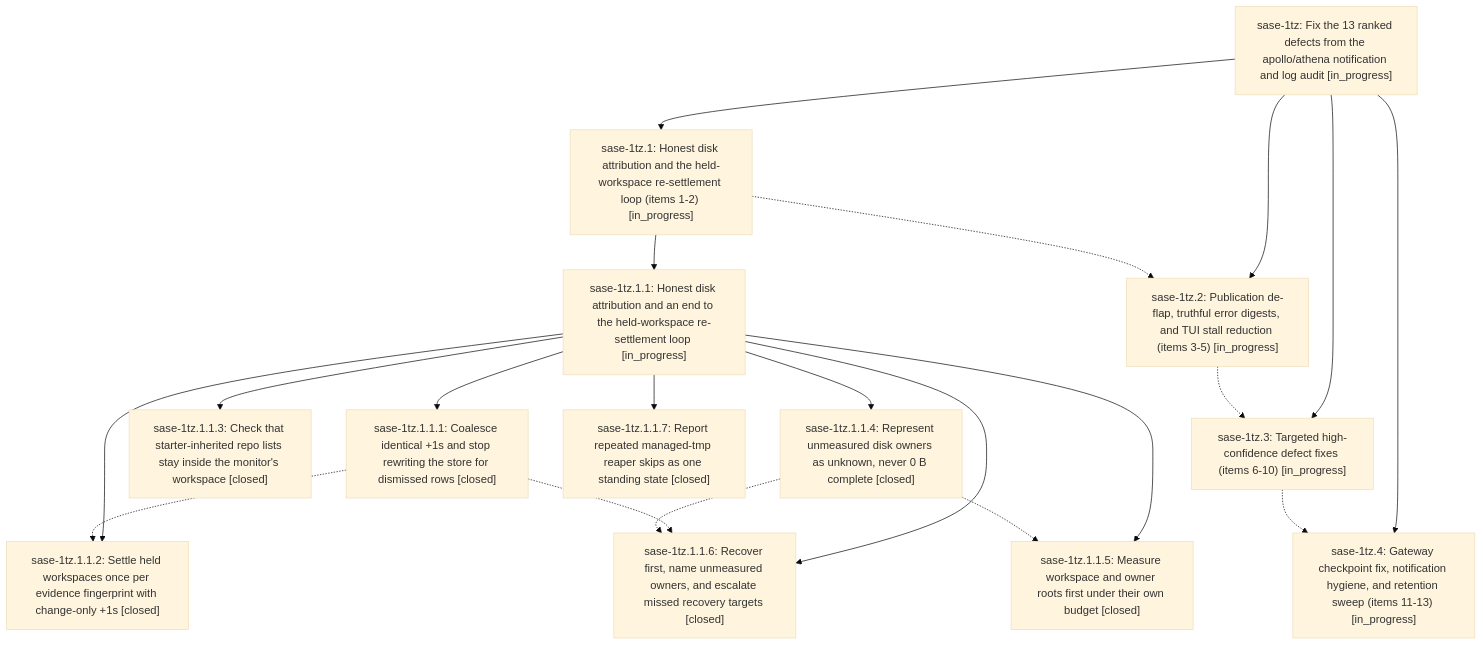
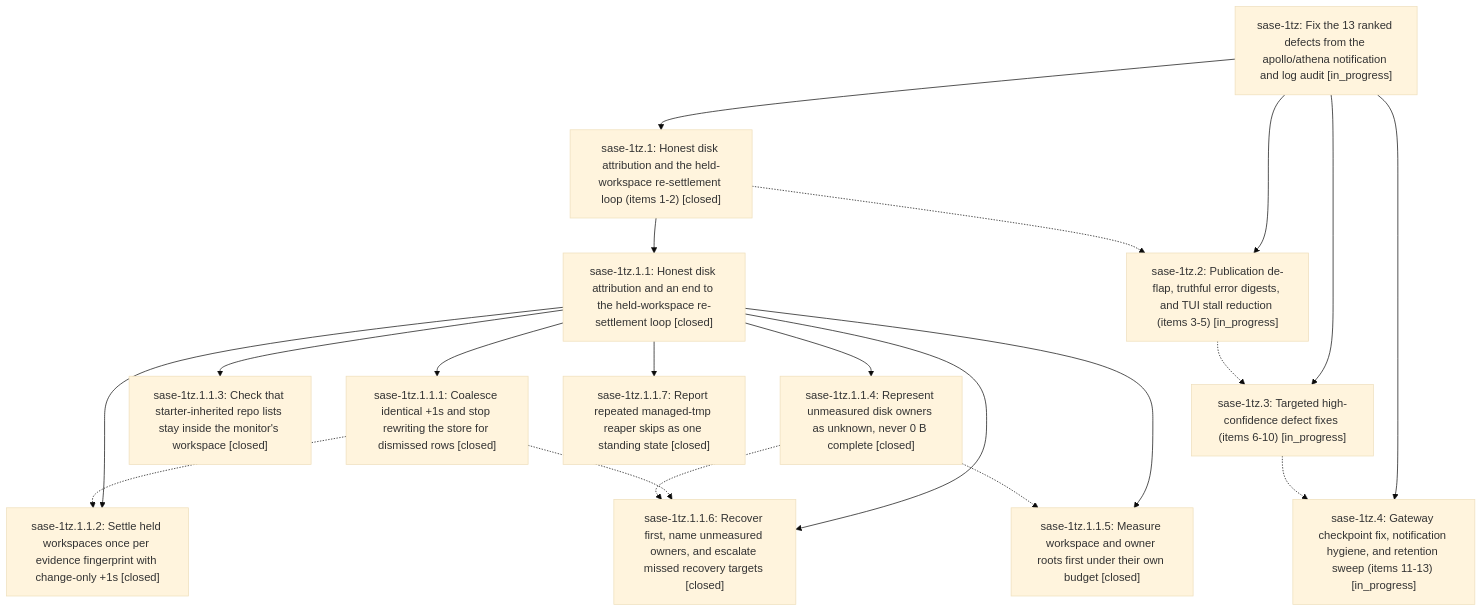
One commit to sase-org/sase--beads changed the diagram in pages/sase-1tz/README.md. Above: the diagram before and after it, drawn with Mermaid (base theme). The commit also changed other lines of this file and 4 other files, not shown here.

````diff
--- a/pages/sase-1tz/README.md
+++ b/pages/sase-1tz/README.md
@@ -39,35 +39,35 @@
 ```mermaid
 flowchart TD
     n0["sase-1tz: Fix the 13 ranked defects from the apollo/athena notification and log audit [in_progress]"]
-    n1["sase-1tz.1: Honest disk attribution and the held-workspace re-settlement loop (items 1-2) [in_progress]"]
-    n2["sase-1tz.1.1: Honest disk attribution and an end to the held-workspace re-settlement loop [in_progress]"]
+    n1["sase-1tz.1: Honest disk attribution and the held-workspace re-settlement loop (items 1-2) [closed]"]
+    n2["sase-1tz.1.1: Honest disk attribution and an end to the held-workspace re-settlement loop [closed]"]
     n3["sase-1tz.1.1.1: Coalesce identical +1s and stop rewriting the store for dismissed rows [closed]"]
     n4["sase-1tz.1.1.2: Settle held workspaces once per evidence fingerprint with change-only +1s [closed]"]
     n5["sase-1tz.1.1.3: Check that starter-inherited repo lists stay inside the monitor's workspace [closed]"]
     n6["sase-1tz.1.1.4: Represent unmeasured disk owners as unknown, never 0 B complete [closed]"]
     n7["sase-1tz.1.1.5: Measure workspace and owner roots first under their own budget [closed]"]
     n8["sase-1tz.1.1.6: Recover first, name unmeasured owners, and escalate missed recovery targets [closed]"]
     n9["sase-1tz.1.1.7: Report repeated managed-tmp reaper skips as one standing state [closed]"]
     n10["sase-1tz.2: Publication de-flap, truthful error digests, and TUI stall reduction (items 3-5) [in_progress]"]
     n11["sase-1tz.3: Targeted high-confidence defect fixes (items 6-10) [in_progress]"]
     n12["sase-1tz.4: Gateway checkpoint fix, notification hygiene, and retention sweep (items 11-13) [in_progress]"]
     n0 --> n1
     n1 --> n2
     n2 --> n3
     n2 --> n4
     n2 --> n5
     n2 --> n6
     n2 --> n7
     n2 --> n8
     n2 --> n9
     n0 --> n10
     n0 --> n11
     n0 --> n12
     n1 -.-> n10
     n3 -.-> n4
     n3 -.-> n8
     n6 -.-> n7
     n6 -.-> n8
     n10 -.-> n11
     n11 -.-> n12
 ```
````
